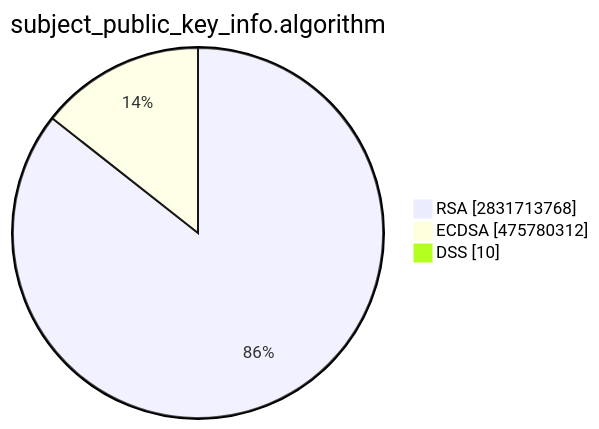
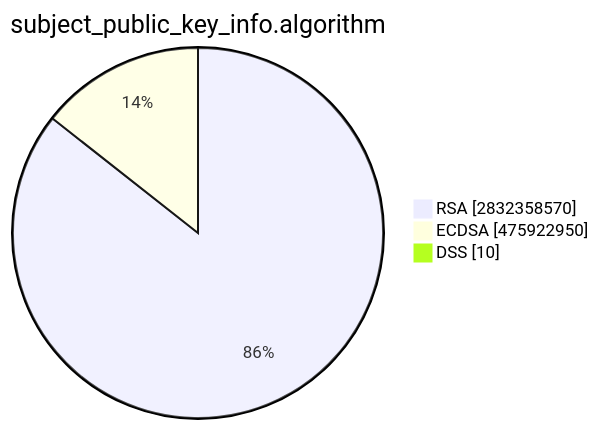
Before and after one commit to christiankrug/ctmonitor_visualization: the second of 15 diagrams in TOTAL/README.md, drawn with Mermaid. The commit also changed other lines of this file, not shown here.

````diff
--- a/TOTAL/README.md
+++ b/TOTAL/README.md
@@ -6,7 +6,7 @@
 ```mermaid
 pie showData
 title subject_public_key_info.algorithm
-"RSA" :2831713768
-"ECDSA" :475780312
+"RSA" :2832358570
+"ECDSA" :475922950
 "DSS" :10
 ```
````
